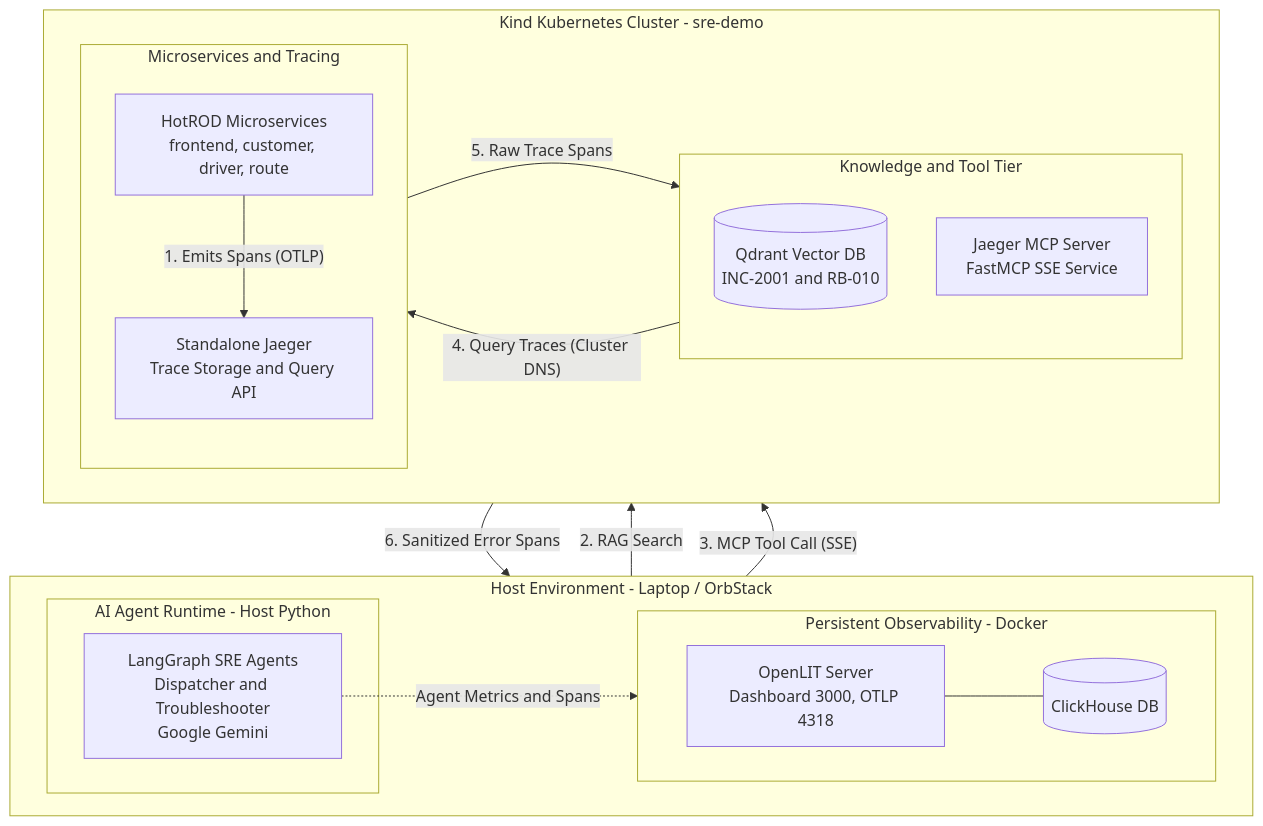
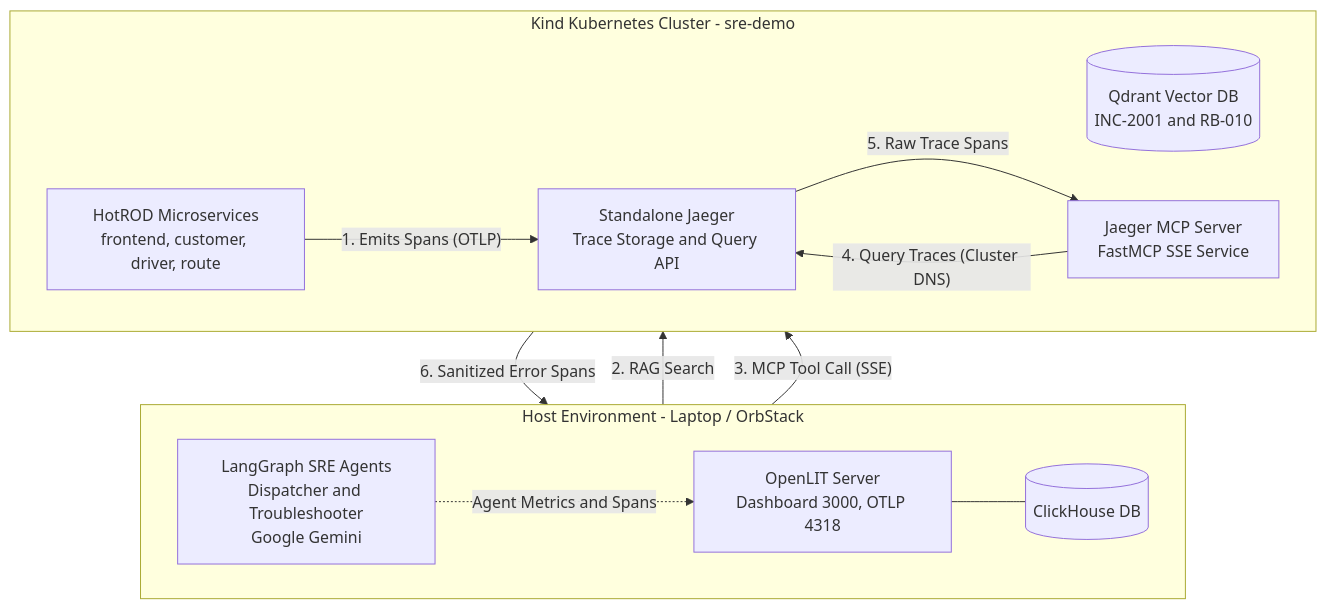
The diagram in README.md (hbill75/observe-sre-triage-agent), drawn with Mermaid before and after one commit.

Commit message:
docs: Diagram fix 6

````diff
--- a/README.md
+++ b/README.md
@@ -9,41 +9,28 @@
 ```mermaid
 flowchart TD
     subgraph Host_Environment [Host Environment - Laptop / OrbStack]
         direction LR
-        subgraph Agent_Core [AI Agent Runtime - Host Python]
-            AG["LangGraph SRE Agents<br>Dispatcher and Troubleshooter<br>Google Gemini"]
-        end
-
-        subgraph Host_Observability [Persistent Observability - Docker]
-            direction LR
-            OL["OpenLIT Server<br>Dashboard 3000, OTLP 4318"]
-            CH[("ClickHouse DB")]
-            OL --- CH
-        end
+        AG["LangGraph SRE Agents<br>Dispatcher and Troubleshooter<br>Google Gemini"]
+        OL["OpenLIT Server<br>Dashboard 3000, OTLP 4318"]
+        CH[("ClickHouse DB")]
 
         AG -. "Agent Metrics and Spans" .-> OL
+        OL --- CH
     end
 
     subgraph K8s_Cluster [Kind Kubernetes Cluster - sre-demo]
         direction LR
-        subgraph K8s_Tools [Knowledge and Tool Tier]
-            direction TB
-            QD[("Qdrant Vector DB<br>INC-2001 and RB-010")]
-            MCP["Jaeger MCP Server<br>FastMCP SSE Service"]
-        end
+        QD[("Qdrant Vector DB<br>INC-2001 and RB-010")]
+        MCP["Jaeger MCP Server<br>FastMCP SSE Service"]
+        JG["Standalone Jaeger<br>Trace Storage and Query API"]
+        HR["HotROD Microservices<br>frontend, customer, driver, route"]
 
-        subgraph K8s_Services [Microservices and Tracing]
-            direction TB
-            HR["HotROD Microservices<br>frontend, customer, driver, route"]
-            JG["Standalone Jaeger<br>Trace Storage and Query API"]
-            HR -->|"1. Emits Spans (OTLP)"| JG
-        end
-
+        HR -->|"1. Emits Spans (OTLP)"| JG
         MCP -->|"4. Query Traces (Cluster DNS)"| JG
         JG -->|"5. Raw Trace Spans"| MCP
     end
 
     AG -->|"2. RAG Search"| QD
     AG -->|"3. MCP Tool Call (SSE)"| MCP
     MCP -->|"6. Sanitized Error Spans"| AG
 ```
````
